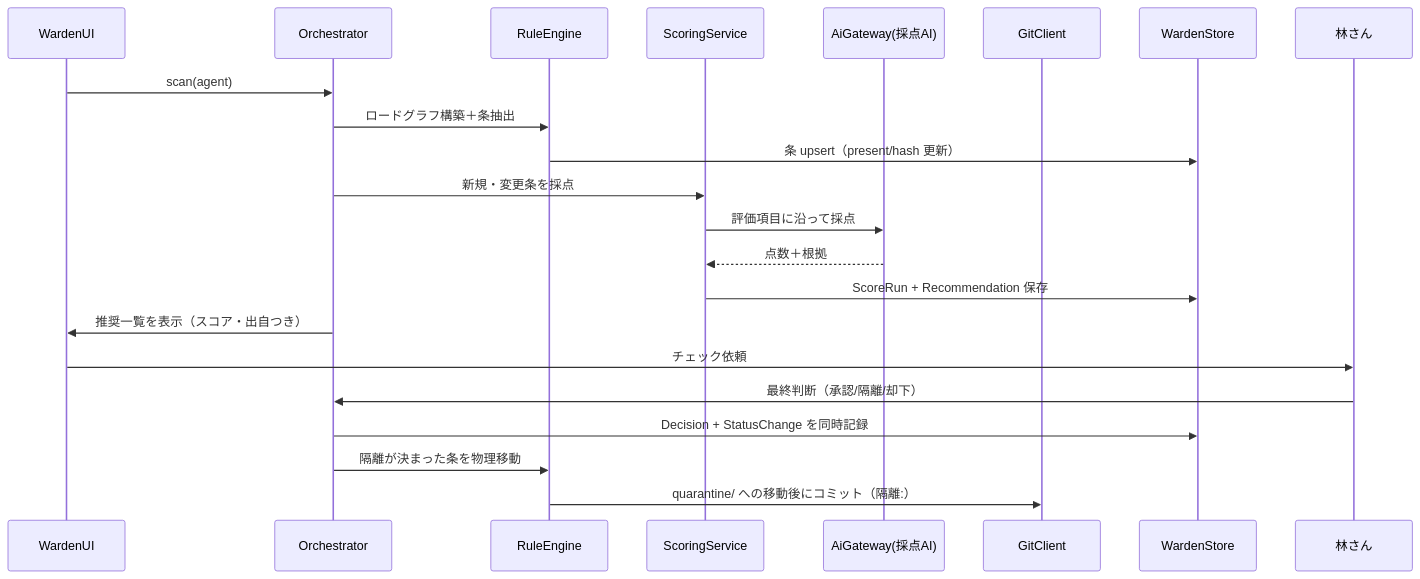
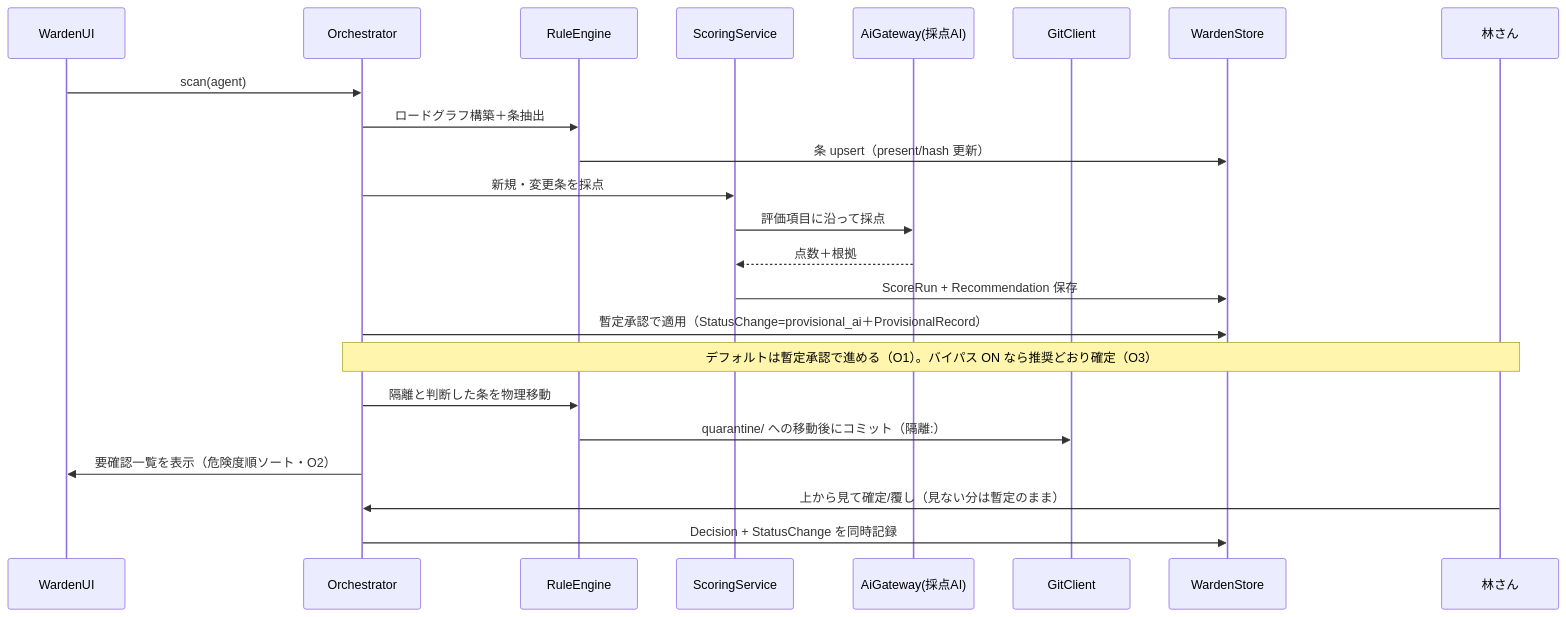
Before and after one commit to khayashi4337/rule-warden: the third of 6 diagrams in docs/adr/0002.5-domain-model.md, drawn with Mermaid. The commit also changed other lines of this file and 6 other files, not shown here.

First line of the commit message:
ADR-0005: ヒアリング決定 O1〜O8 を記録し全 ADR・図・DDL に反映

````diff
--- a/docs/adr/0002.5-domain-model.md
+++ b/docs/adr/0002.5-domain-model.md
@@ -196,25 +206,26 @@
 ```mermaid
 sequenceDiagram
     participant U as WardenUI
     participant O as Orchestrator
     participant RE as RuleEngine
     participant SC as ScoringService
     participant AI as AiGateway(採点AI)
     participant GC as GitClient
     participant DB as WardenStore
     participant H as 林さん
 
     U->>O: scan(agent)
     O->>RE: ロードグラフ構築＋条抽出
     RE->>DB: 条 upsert（present/hash 更新）
     O->>SC: 新規・変更条を採点
     SC->>AI: 評価項目に沿って採点
     AI-->>SC: 点数＋根拠
     SC->>DB: ScoreRun + Recommendation 保存
-    O->>U: 推奨一覧を表示（スコア・出自つき）
-    U->>H: チェック依頼
-    H->>O: 最終判断（承認/隔離/却下）
+    O->>DB: 暫定承認で適用（StatusChange=provisional_ai＋ProvisionalRecord）
+    Note over O,H: デフォルトは暫定承認で進める（O1）。バイパス ON なら推奨どおり確定（O3）
+    O->>RE: 隔離と判断した条を物理移動
+    RE->>GC: quarantine/ への移動後にコミット（隔離:）
+    O->>U: 要確認一覧を表示（危険度順ソート・O2）
+    H->>O: 上から見て確定/覆し（見ない分は暫定のまま）
     O->>DB: Decision + StatusChange を同時記録
-    O->>RE: 隔離が決まった条を物理移動
-    RE->>GC: quarantine/ への移動後にコミット（隔離:）
 ```
````
